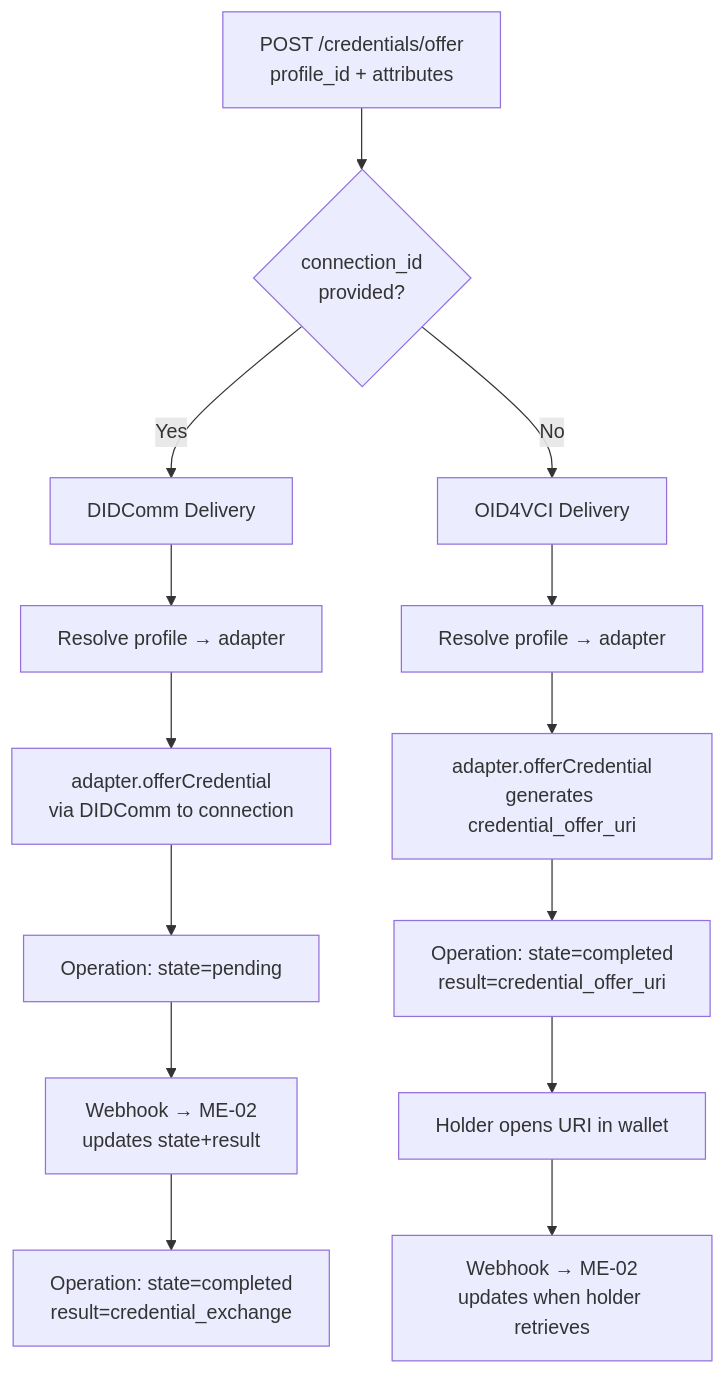
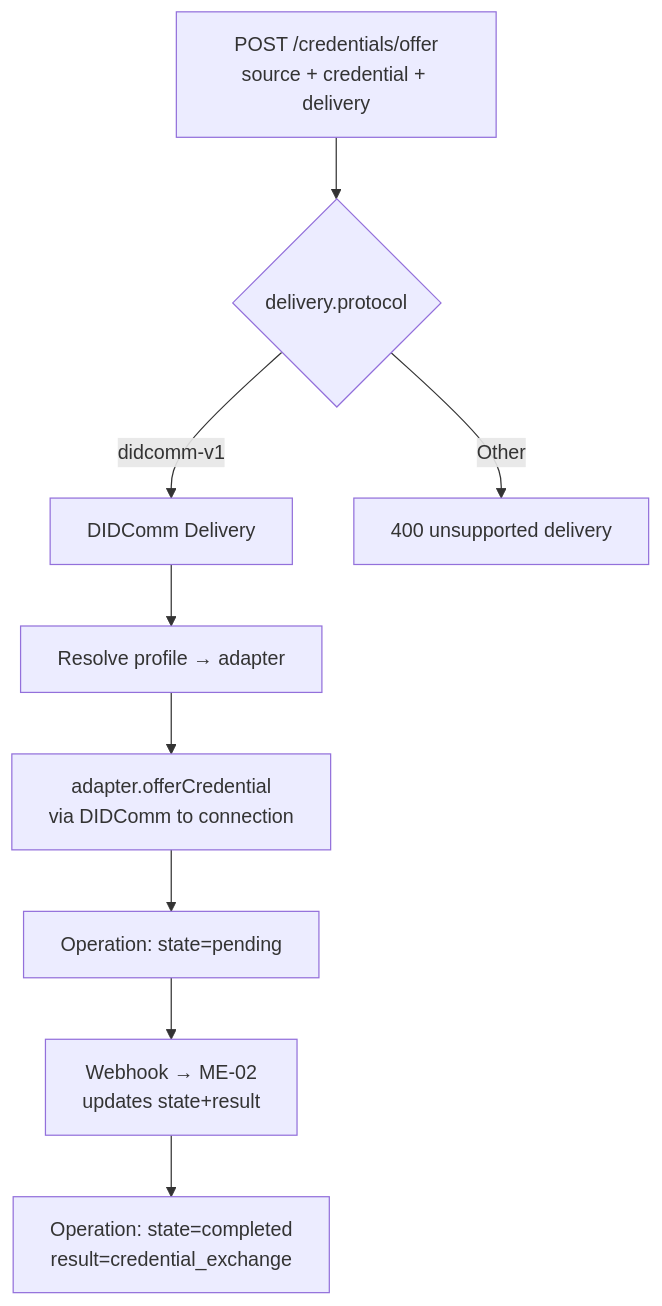
Before and after one commit to bcgov/digital-trust-common-service: the sixth of 22 diagrams in docs/ARCHITECTURE.md, drawn with Mermaid. The commit also changed other lines of this file and 22 other files, not shown here.

````diff
--- a/docs/ARCHITECTURE.md
+++ b/docs/ARCHITECTURE.md
@@ -499,20 +499,15 @@
 ```mermaid
 flowchart TD
-    REQ[POST /credentials/offer<br/>profile_id + attributes]
-    REQ --> CHECK{connection_id<br/>provided?}
+    REQ[POST /credentials/offer<br/>source + credential + delivery]
+    REQ --> CHECK{delivery.protocol}
 
-    CHECK -->|Yes| DIDCOMM[DIDComm Delivery]
-    CHECK -->|No| OID4VCI[OID4VCI Delivery]
+    CHECK -->|didcomm-v1| DIDCOMM[DIDComm Delivery]
+    CHECK -->|Other| UNSUPPORTED[400 unsupported delivery]
 
     DIDCOMM --> RESOLVE1[Resolve profile → adapter]
     RESOLVE1 --> SEND[adapter.offerCredential<br/>via DIDComm to connection]
     SEND --> OP1[Operation: state=pending]
     OP1 --> WH[Webhook → ME-02<br/>updates state+result]
     WH --> DONE1[Operation: state=completed<br/>result=credential_exchange]
 
-    OID4VCI --> RESOLVE2[Resolve profile → adapter]
-    RESOLVE2 --> GEN[adapter.offerCredential<br/>generates credential_offer_uri]
-    GEN --> OP2[Operation: state=completed<br/>result=credential_offer_uri]
-    OP2 --> HOLDER[Holder opens URI in wallet]
-    HOLDER --> WH2[Webhook → ME-02<br/>updates when holder retrieves]
 ```
````
